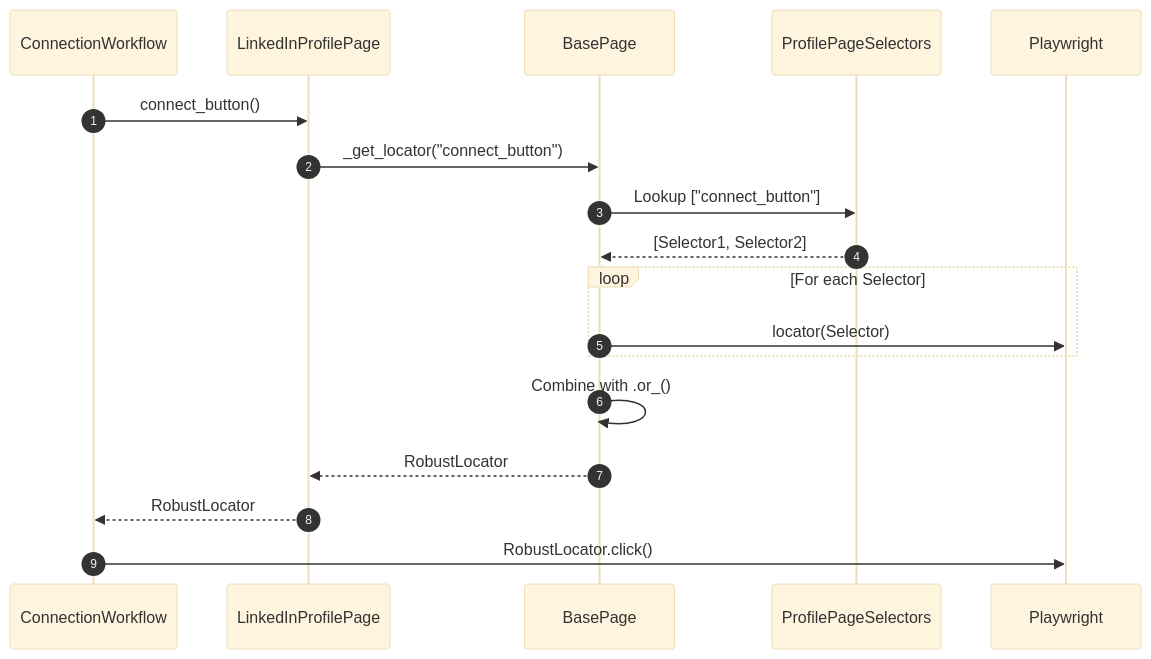
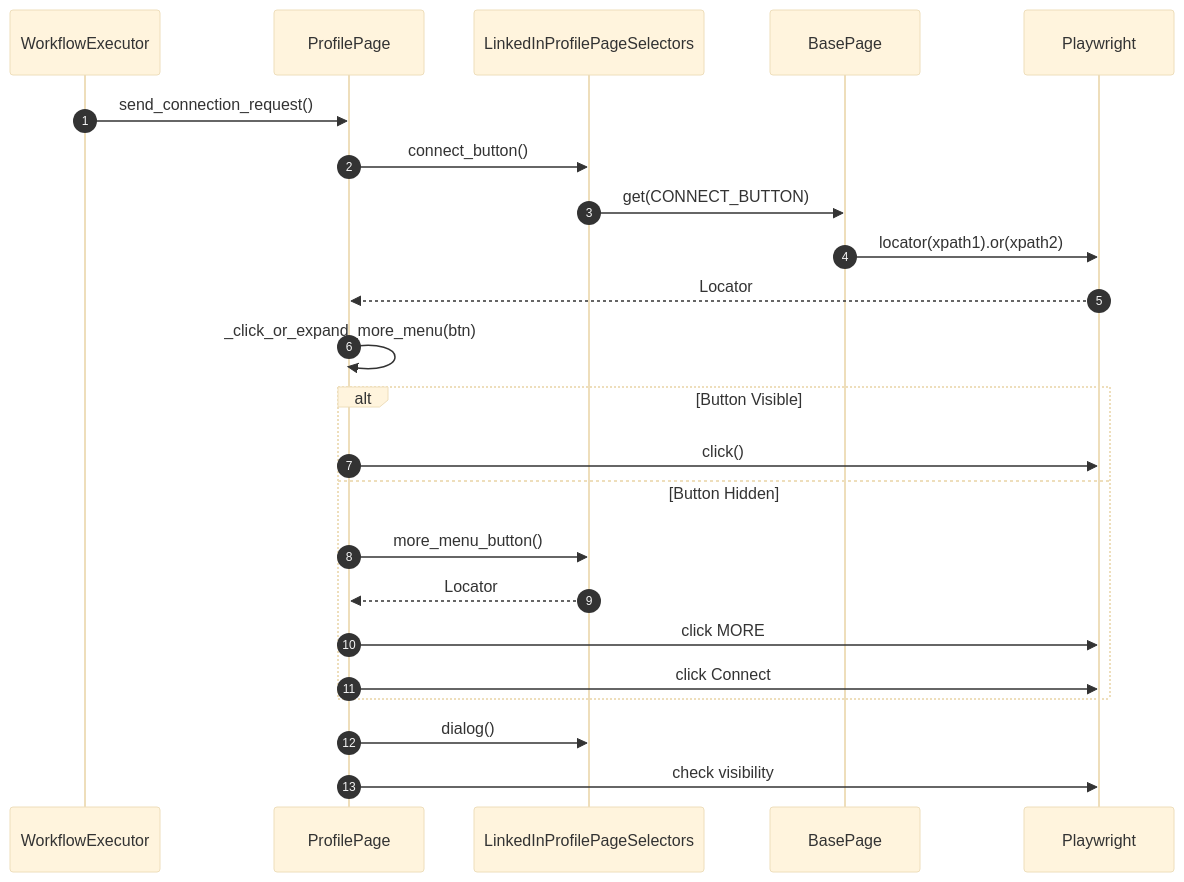
The second of 2 diagrams in automation/architecture.md (Roshan-yadav-evil-genius/LinkedIn-Scraper-crawler), drawn with Mermaid (base theme) before and after one commit. The commit also changed other lines of this file, not shown here.

Commit message:
docs: Add architecture documentation for the LinkedIn connection automation module.

````diff
--- a/automation/architecture.md
+++ b/automation/architecture.md
@@ -119,25 +105,30 @@
 ```mermaid
 sequenceDiagram
     autonumber
     
-    participant Workflow as ConnectionWorkflow
-    participant PageObj as LinkedInProfilePage
+    participant User as WorkflowExecutor
+    participant Logic as ProfilePage
+    participant Selectors as LinkedInProfilePageSelectors
     participant Base as BasePage
-    participant Registry as ProfilePageSelectors
     participant Playwright
-
-    Workflow->>PageObj: connect_button()
-    PageObj->>Base: _get_locator("connect_button")
-    Base->>Registry: Lookup ["connect_button"]
-    Registry-->>Base: [Selector1, Selector2]
     
-    loop For each Selector
-        Base->>Playwright: locator(Selector)
+    User->>Logic: send_connection_request()
+    Logic->>Selectors: connect_button()
+    Selectors->>Base: get(CONNECT_BUTTON)
+    Base->>Playwright: locator(xpath1).or(xpath2)
+    Playwright-->>Logic: Locator
+    
+    Logic->>Logic: _click_or_expand_more_menu(btn)
+    
+    alt Button Visible
+        Logic->>Playwright: click()
+    else Button Hidden
+        Logic->>Selectors: more_menu_button()
+        Selectors-->>Logic: Locator
+        Logic->>Playwright: click MORE
+        Logic->>Playwright: click Connect
     end
     
-    Base->>Base: Combine with .or_()
-    Base-->>PageObj: RobustLocator
-    PageObj-->>Workflow: RobustLocator
-    
-    Workflow->>Playwright: RobustLocator.click()
+    Logic->>Selectors: dialog()
+    Logic->>Playwright: check visibility
 ```
````
